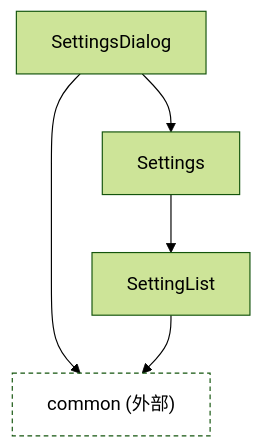
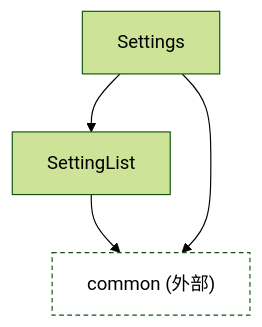
One commit to nekono-dev/skyshare changed the diagram in src/components/settings/README.md. Above: the diagram before and after it, drawn with Mermaid (forest theme). The commit also changed other lines of this file and 1079 other files, not shown here.

````diff
--- a/src/components/settings/README.md
+++ b/src/components/settings/README.md
@@ -5,12 +5,11 @@
 ```mermaid
 graph TD
-  SettingsDialog --> Settings
   Settings --> SettingList
-  SettingsDialog --> commonExt
   SettingList --> commonExt
+  Settings --> commonExt
 
   commonExt["common (外部)"]
 
   classDef external stroke-dasharray: 4 3,fill:transparent;
   class commonExt external;
 ```
````
